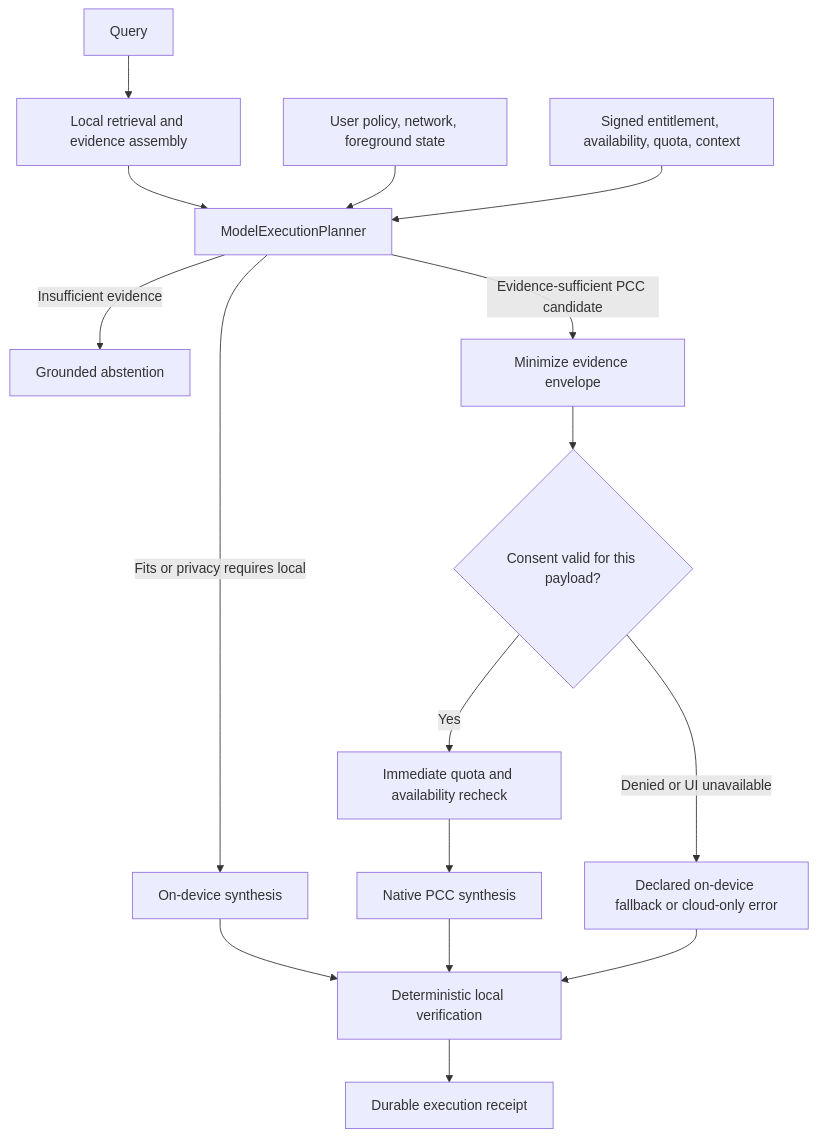
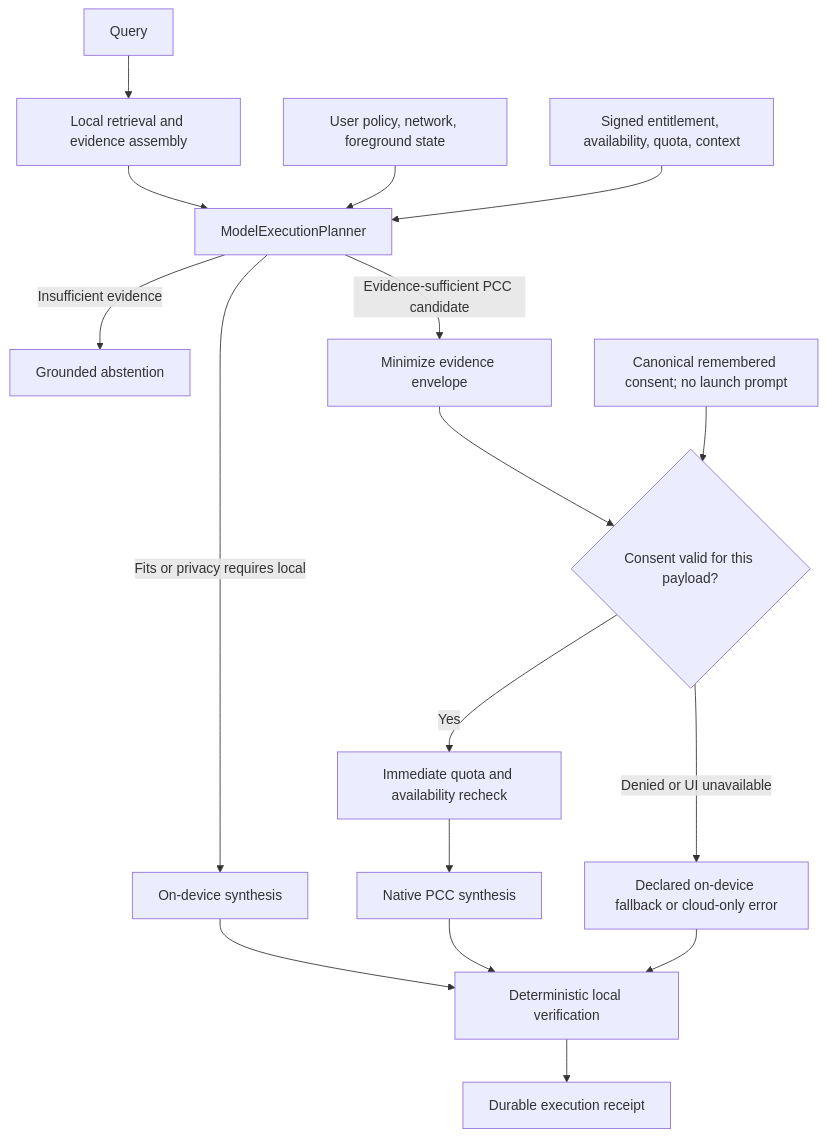
Before and after one commit to Gunnarguy/OpenIntelligence: the diagram in Docs/PRIVACY_AND_ROUTING.md, drawn with Mermaid. The commit also changed other lines of this file and 18 other files, not shown here.

````diff
--- a/Docs/PRIVACY_AND_ROUTING.md
+++ b/Docs/PRIVACY_AND_ROUTING.md
@@ -17,18 +17,19 @@
 ```mermaid
 flowchart TD
   Q[Query] --> R[Local retrieval and evidence assembly]
   R --> P[ModelExecutionPlanner]
   C[User policy, network, foreground state] --> P
   S[Signed entitlement, availability, quota, context] --> P
   P -->|Insufficient evidence| A[Grounded abstention]
   P -->|Fits or privacy requires local| L[On-device synthesis]
   P -->|Evidence-sufficient PCC candidate| M[Minimize evidence envelope]
   M --> G{Consent valid for this payload?}
+  K[Canonical remembered consent; no launch prompt] --> G
   G -->|Yes| X[Immediate quota and availability recheck]
   X --> PCC[Native PCC synthesis]
   G -->|Denied or UI unavailable| F[Declared on-device fallback or cloud-only error]
   L --> V[Deterministic local verification]
   PCC --> V
   F --> V
   V --> T[Durable execution receipt]
 ```
````
